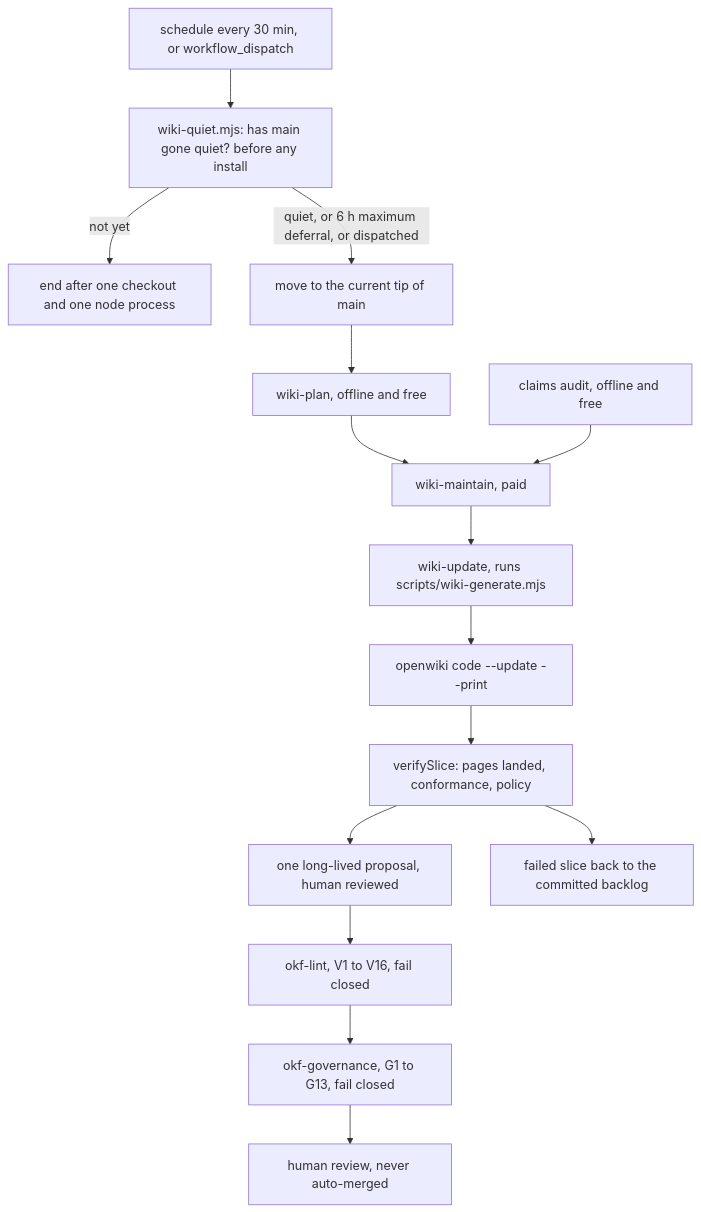
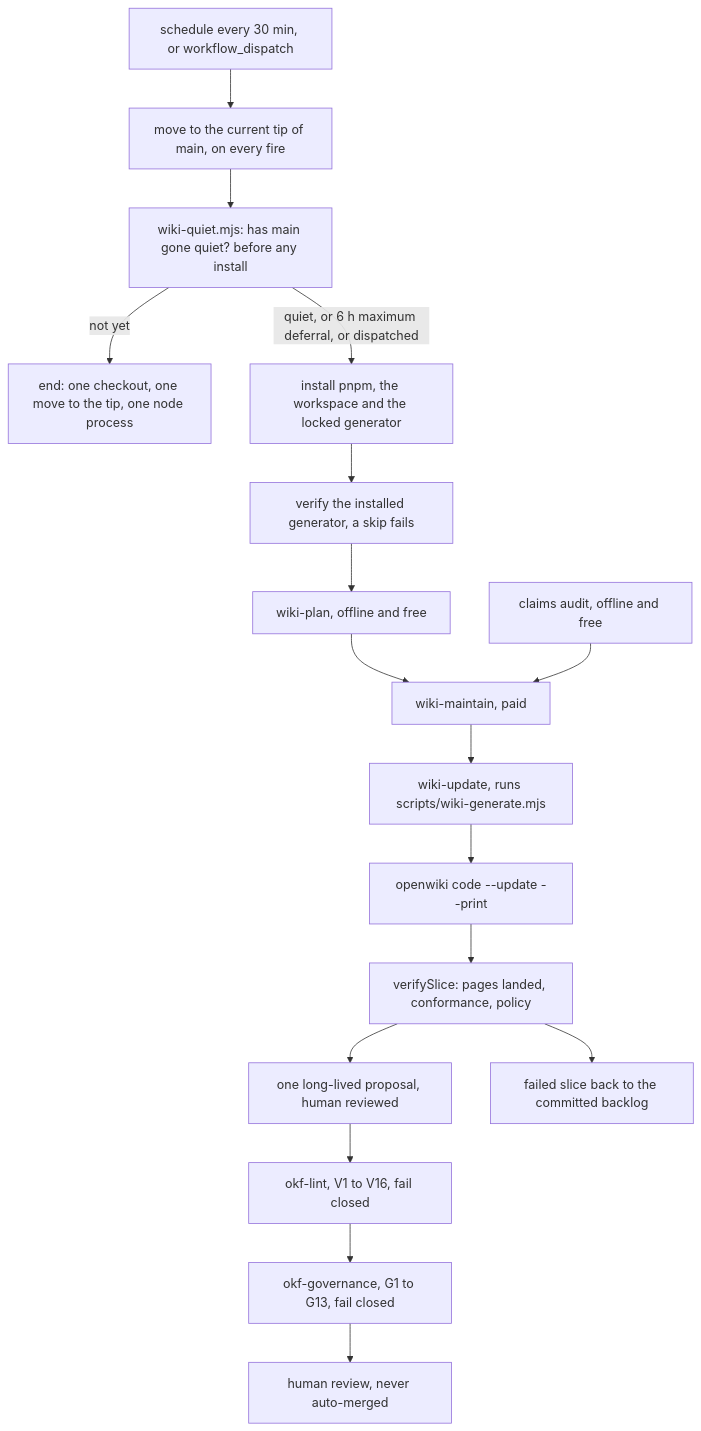
Before and after one commit to jumbleknot/MovieCollectionManager: the diagram in openwiki/process/wiki-maintenance.md, drawn with Mermaid. The commit also changed other lines of this file and 11 other files, not shown here.

````diff
--- a/openwiki/process/wiki-maintenance.md
+++ b/openwiki/process/wiki-maintenance.md
@@ -97,17 +97,19 @@
 ```mermaid
 flowchart TD
-    Fire["schedule every 30 min, or workflow_dispatch"] --> Quiet["wiki-quiet.mjs: has main gone quiet? before any install"]
-    Quiet -->|"not yet"| NoRun["end after one checkout and one node process"]
-    Quiet -->|"quiet, or 6 h maximum deferral, or dispatched"| Tip["move to the current tip of main"]
-    Tip --> Plan["wiki-plan, offline and free"]
+    Fire["schedule every 30 min, or workflow_dispatch"] --> Tip["move to the current tip of main, on every fire"]
+    Tip --> Quiet["wiki-quiet.mjs: has main gone quiet? before any install"]
+    Quiet -->|"not yet"| NoRun["end: one checkout, one move to the tip, one node process"]
+    Quiet -->|"quiet, or 6 h maximum deferral, or dispatched"| Install["install pnpm, the workspace and the locked generator"]
+    Install --> Guard["verify the installed generator, a skip fails"]
+    Guard --> Plan["wiki-plan, offline and free"]
     Plan --> Maintain["wiki-maintain, paid"]
     Audit["claims audit, offline and free"] --> Maintain
     Maintain --> Generate["wiki-update, runs scripts/wiki-generate.mjs"]
     Generate --> Cli["openwiki code --update --print"]
     Cli --> Verify["verifySlice: pages landed, conformance, policy"]
     Verify --> Proposal["one long-lived proposal, human reviewed"]
     Verify --> Backlog["failed slice back to the committed backlog"]
     Proposal --> Lint["okf-lint, V1 to V16, fail closed"]
     Lint --> Gov["okf-governance, G1 to G13, fail closed"]
     Gov --> Review["human review, never auto-merged"]
 ```
````
